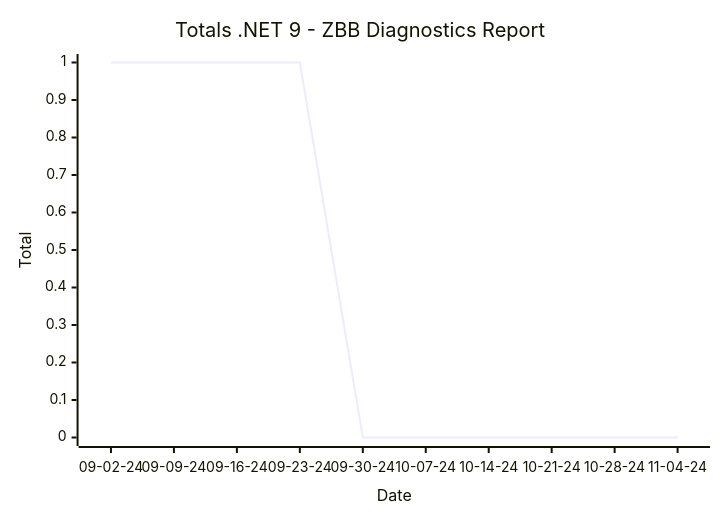
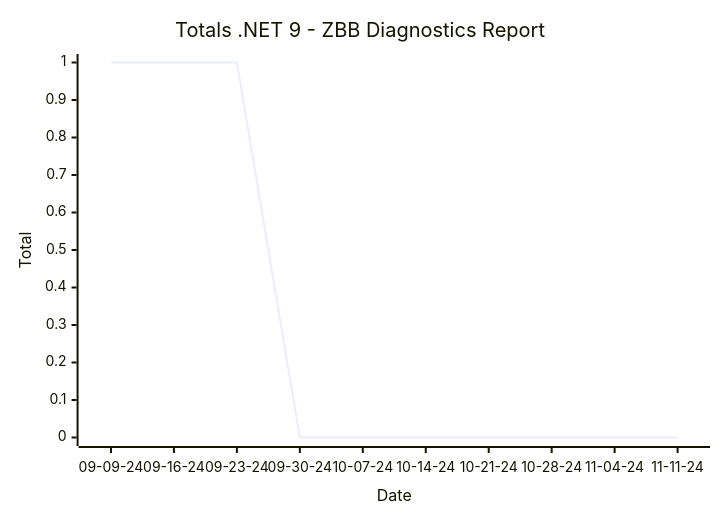
Before and after one commit to hoyosjs/gh-issue-tracker: the second of 2 diagrams in reports/README.md, drawn with Mermaid. The commit also changed other lines of this file and 4 other files, not shown here.

````diff
--- a/reports/README.md
+++ b/reports/README.md
@@ -24,7 +24,7 @@
 ```mermaid
 xychart-beta
   title "Totals .NET 9 - ZBB Diagnostics Report"
-  x-axis "Date" ["09-02-24", "09-09-24", "09-16-24", "09-23-24", "09-30-24", "10-07-24", "10-14-24", "10-21-24", "10-28-24", "11-04-24"]
+  x-axis "Date" ["09-09-24", "09-16-24", "09-23-24", "09-30-24", "10-07-24", "10-14-24", "10-21-24", "10-28-24", "11-04-24", "11-11-24"]
   y-axis "Total"
-  line [1, 1, 1, 1, 0, 0, 0, 0, 0, 0]
+  line [1, 1, 1, 0, 0, 0, 0, 0, 0, 0]
 ```
````
